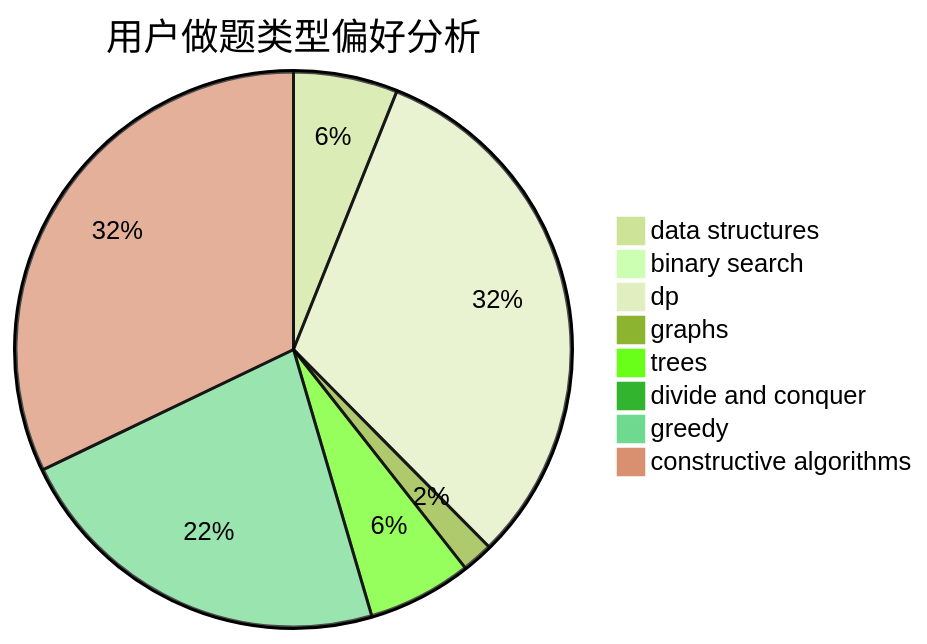
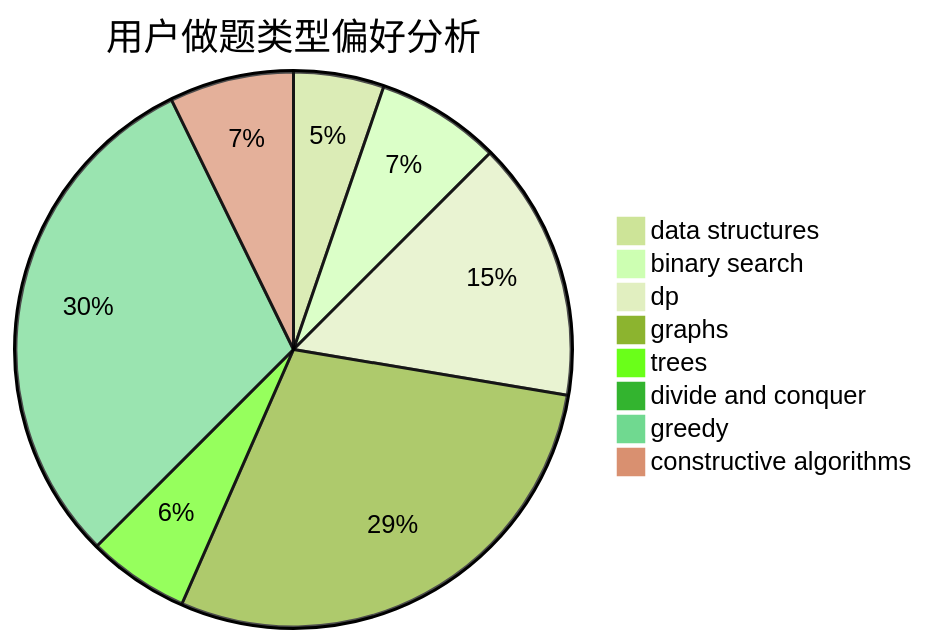
One commit to sherpahu/cfrs.github.io changed the second of 3 diagrams in docs/user/u2371.md. Above: the diagram before and after it, drawn with Mermaid (forest theme). The commit also changed other lines of this file and 2770 other files, not shown here.

````diff
--- a/docs/user/u2371.md
+++ b/docs/user/u2371.md
@@ -23,11 +23,11 @@
 ```mermaid
 pie title 用户做题类型偏好分析
-    "data structures" :  10
-    "binary search" :  0
-    "dp" :  52
-    "graphs" :  3
-    "trees" :  10
-    "divide and conquer" :  0
-    "greedy" :  37
-    "constructive algorithms" :  53
+    "data structures" :  8
+    "binary search" :  11
+    "dp" :  23
+    "graphs" :  44
+    "trees" :  9
+    "divide and conquer" :  1
+    "greedy" :  46
+    "constructive algorithms" :  11
 ```
````
